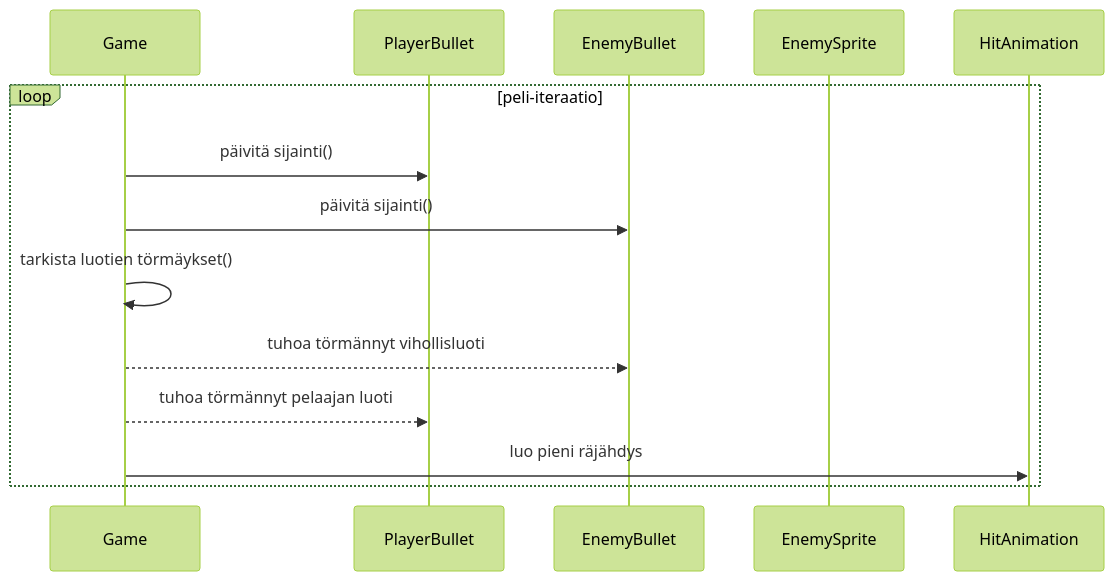
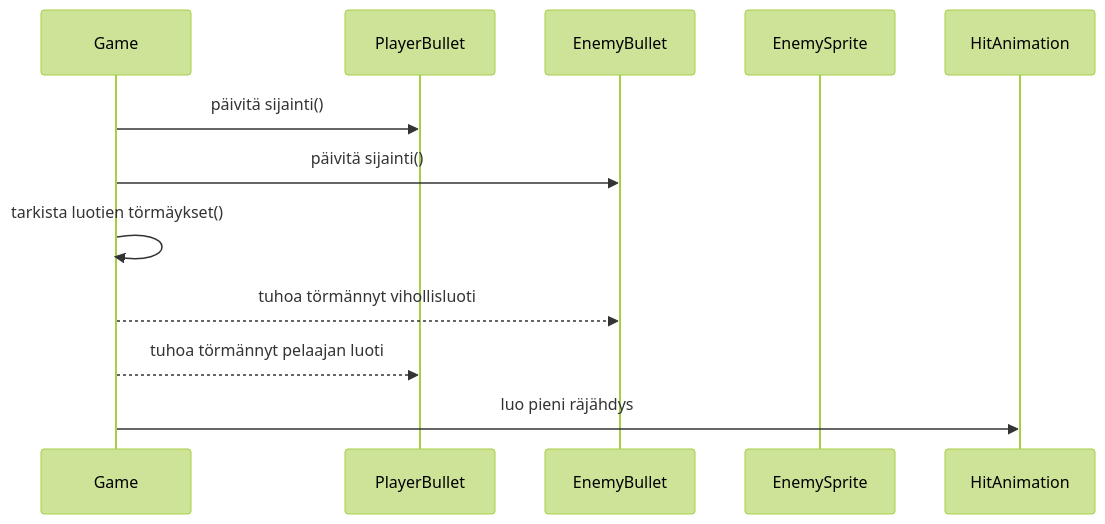
Diagram 18 of 20 in dokumentaatio/arkkitehtuuri.md (Tapir79/ot-harjoitustyo), drawn with Mermaid (forest theme) before and after one commit. The commit also changed other lines of this file, not shown here.

Commit message:
Update architecture

````diff
--- a/dokumentaatio/arkkitehtuuri.md
+++ b/dokumentaatio/arkkitehtuuri.md
@@ -487,20 +497,20 @@
 ```mermaid
 
 sequenceDiagram
     participant Game
     participant PlayerBullet
     participant EnemyBullet
     participant EnemySprite
     participant HitAnimation
 
-    loop peli-iteraatio
-        Game->>PlayerBullet: päivitä sijainti()
-        Game->>EnemyBullet: päivitä sijainti()
-        Game->>Game: tarkista luotien törmäykset()
+    
+    Game->>PlayerBullet: päivitä sijainti()
+    Game->>EnemyBullet: päivitä sijainti()
+    Game->>Game: tarkista luotien törmäykset()
 
-        Game-->>EnemyBullet: tuhoa törmännyt vihollisluoti
-        Game-->>PlayerBullet: tuhoa törmännyt pelaajan luoti
-        Game->>HitAnimation: luo pieni räjähdys
+    Game-->>EnemyBullet: tuhoa törmännyt vihollisluoti
+    Game-->>PlayerBullet: tuhoa törmännyt pelaajan luoti
+    Game->>HitAnimation: luo pieni räjähdys
         
-    end
+    
 ```
````
